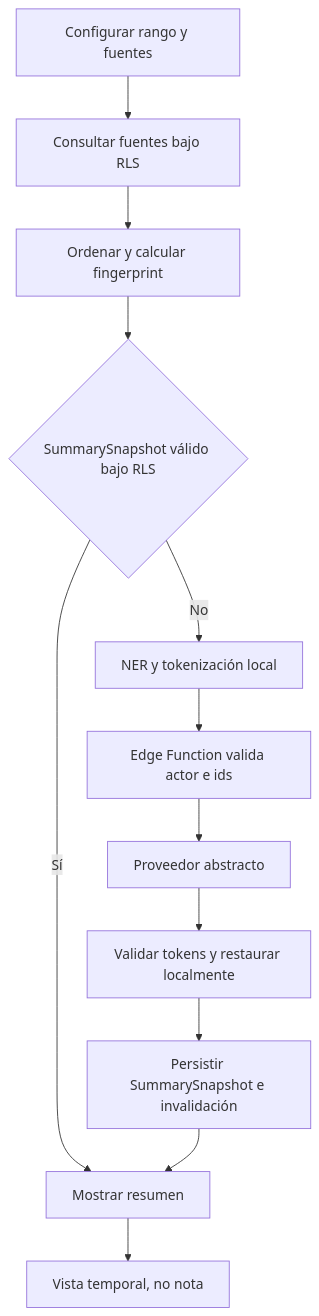
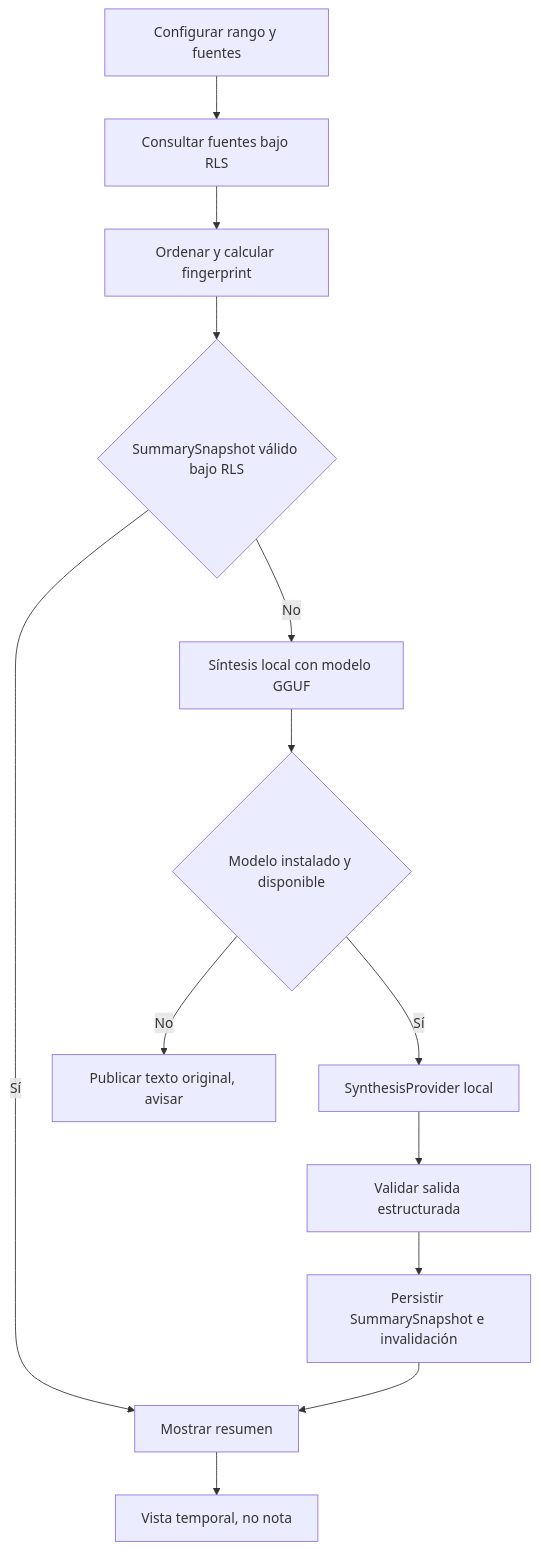
One commit to panxoyk/carer-record-app changed the diagram in docs/foundation/flows/period-summary.md. Above: the diagram before and after it, drawn with Mermaid. The commit also changed other lines of this file and 10 other files, not shown here.

Commit message:
refactor(functions): withdraw the cloud synthesis edge function

````diff
--- a/docs/foundation/flows/period-summary.md
+++ b/docs/foundation/flows/period-summary.md
@@ -48,14 +48,15 @@
 ```mermaid
 flowchart TD
   A["Configurar rango y fuentes"] --> B["Consultar fuentes bajo RLS"]
   B --> C["Ordenar y calcular fingerprint"]
   C --> D{"SummarySnapshot válido bajo RLS"}
   D -->|Sí| E["Mostrar resumen"]
-  D -->|No| F["NER y tokenización local"]
-  F --> G["Edge Function valida actor e ids"]
-  G --> H["Proveedor abstracto"]
-  H --> I["Validar tokens y restaurar localmente"]
+  D -->|No| F["Síntesis local con modelo GGUF"]
+  F --> G{"Modelo instalado y disponible"}
+  G -->|No| L["Publicar texto original, avisar"]
+  G -->|Sí| H["SynthesisProvider local"]
+  H --> I["Validar salida estructurada"]
   I --> J["Persistir SummarySnapshot e invalidación"]
   J --> E
   E --> K["Vista temporal, no nota"]
 ```
````
